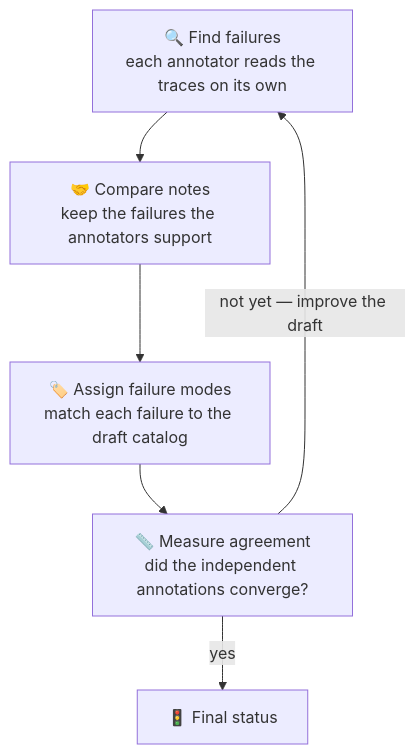
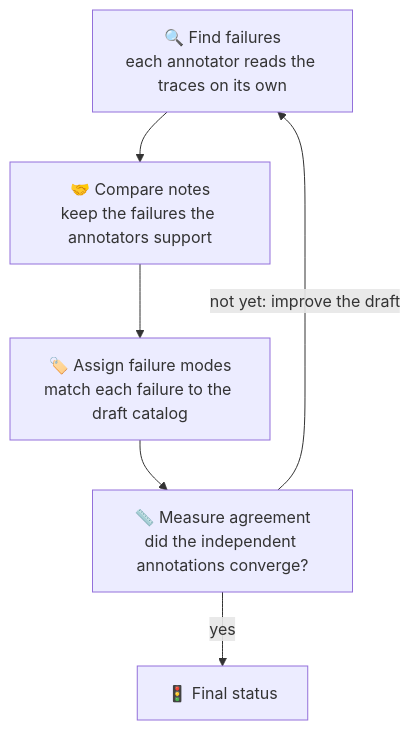
Before and after one commit to multi-agent-systems-failure-taxonomy/AdaMAST: the diagram in docs/AGREEMENT_GATE.md, drawn with Mermaid. The commit also changed other lines of this file and 45 other files, not shown here.

````diff
--- a/docs/AGREEMENT_GATE.md
+++ b/docs/AGREEMENT_GATE.md
@@ -29,8 +29,8 @@
 ```mermaid
 flowchart TD
     A["🔍 Find failures<br/>each annotator reads the traces on its own"] --> B["🤝 Compare notes<br/>keep the failures the annotators support"]
     B --> C["🏷️ Assign failure modes<br/>match each failure to the draft catalog"]
     C --> D["📏 Measure agreement<br/>did the independent annotations converge?"]
-    D -->|"not yet — improve the draft"| A
+    D -->|"not yet: improve the draft"| A
     D -->|"yes"| E["🚦 Final status"]
 ```
````
